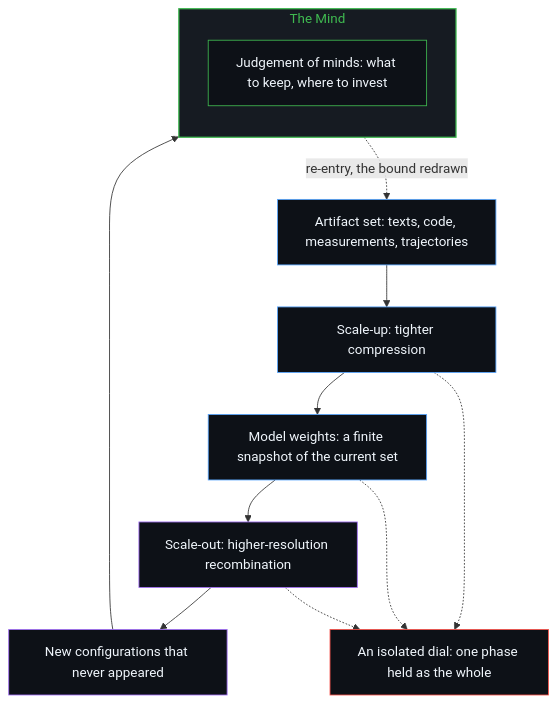
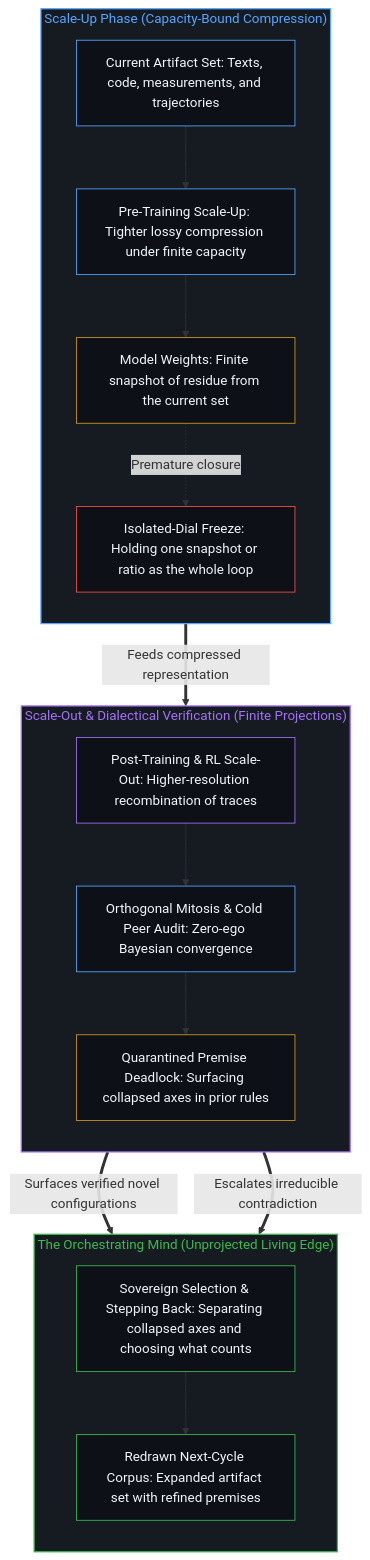
The second of 2 diagrams in content/posts/the-scaling-loop.md (powerpig99/not-a-toe), drawn with Mermaid before and after one commit. The commit also changed other lines of this file and 1 other file, not shown here.

````diff
--- a/content/posts/the-scaling-loop.md
+++ b/content/posts/the-scaling-loop.md
@@ -76,26 +98,44 @@
 ```mermaid
 flowchart TD
-    A["Artifact set: texts, code, measurements, trajectories"]
-    U["Scale-up: tighter compression"]
-    W["Model weights: a finite snapshot of the current set"]
-    O["Scale-out: higher-resolution recombination"]
-    N["New configurations that never appeared"]
-    subgraph S_Mind["The Mind"]
+    subgraph S_Up["Scale-Up Phase (Capacity-Bound Compression)"]
         direction TB
-        J["Judgement of minds: what to keep, where to invest"]
+        A["Current Artifact Set: Texts, code, measurements, and trajectories"]
+        U["Pre-Training Scale-Up: Tighter lossy compression under finite capacity"]
+        W["Model Weights: Finite snapshot of residue from the current set"]
+        F["Isolated-Dial Freeze: Holding one snapshot or ratio as the whole loop"]
+        A --> U --> W
+        W -.->|"Premature closure"| F
     end
-    F["An isolated dial: one phase held as the whole"]
-    A --> U --> W --> O --> N --> J
-    J -.->|"re-entry, the bound redrawn"| A
-    U -.-> F
-    W -.-> F
-    O -.-> F
+
+    subgraph S_Out["Scale-Out & Dialectical Verification (Finite Projections)"]
+        direction TB
+        O["Post-Training & RL Scale-Out: Higher-resolution recombination of traces"]
+        M["Orthogonal Mitosis & Cold Peer Audit: Zero-ego Bayesian convergence"]
+        D["Quarantined Premise Deadlock: Surfacing collapsed axes in prior rules"]
+        O --> M --> D
+    end
+
+    subgraph S_Mind["The Orchestrating Mind (Unprojected Living Edge)"]
+        direction TB
+        J["Sovereign Selection & Stepping Back: Separating collapsed axes and choosing what counts"]
+        R["Redrawn Next-Cycle Corpus: Expanded artifact set with refined premises"]
+        J --> R
+    end
+
+    W ==>|"Feeds compressed representation"| O
+    M ==>|"Surfaces verified novel configurations"| J
+    D ==>|"Escalates irreducible contradiction"| J
+
+    style S_Up fill:#161b22,stroke:#58a6ff,stroke-width:1.5px,color:#58a6ff
+    style S_Out fill:#161b22,stroke:#a371f7,stroke-width:1.5px,color:#a371f7
     style S_Mind fill:#161b22,stroke:#3fb950,stroke-width:1.5px,color:#3fb950
     style A fill:#0d1117,stroke:#58a6ff,stroke-width:1px,color:#f0f6fc
     style U fill:#0d1117,stroke:#58a6ff,stroke-width:1px,color:#f0f6fc
-    style W fill:#0d1117,stroke:#58a6ff,stroke-width:1px,color:#f0f6fc
+    style W fill:#0d1117,stroke:#d29922,stroke-width:1px,color:#f0f6fc
+    style F fill:#0d1117,stroke:#f85149,stroke-width:1px,color:#f0f6fc
     style O fill:#0d1117,stroke:#a371f7,stroke-width:1px,color:#f0f6fc
-    style N fill:#0d1117,stroke:#a371f7,stroke-width:1px,color:#f0f6fc
+    style M fill:#0d1117,stroke:#58a6ff,stroke-width:1px,color:#f0f6fc
+    style D fill:#0d1117,stroke:#d29922,stroke-width:1px,color:#f0f6fc
     style J fill:#0d1117,stroke:#3fb950,stroke-width:1px,color:#f0f6fc
-    style F fill:#0d1117,stroke:#f85149,stroke-width:1px,color:#f0f6fc
+    style R fill:#0d1117,stroke:#3fb950,stroke-width:1px,color:#f0f6fc
 ```
````
